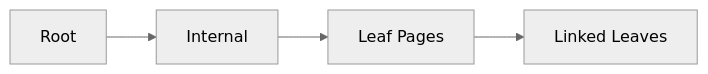
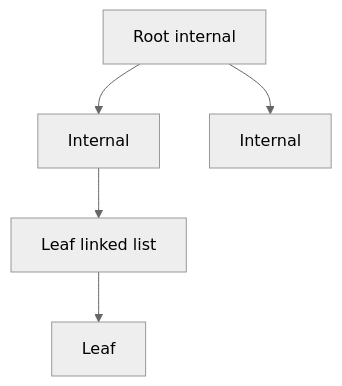
One commit to hareramcse/SystemDesign changed the seventh of 20 diagrams in 02-databases/README.md. Above: the diagram before and after it, drawn with Mermaid (neutral theme). The commit also changed other lines of this file and 15 other files, not shown here.

````diff
--- a/02-databases/README.md
+++ b/02-databases/README.md
@@ -115,6 +335,7 @@
 ```mermaid
-flowchart LR
-    Root --> Internal
-    Internal --> Leaf1[Leaf Pages]
-    Leaf1 --> Leaf2[Linked Leaves]
+flowchart TB
+    Root[Root internal] --> I1[Internal]
+    Root --> I2[Internal]
+    I1 --> L1[Leaf linked list]
+    L1 --> L2[Leaf]
 ```
````
